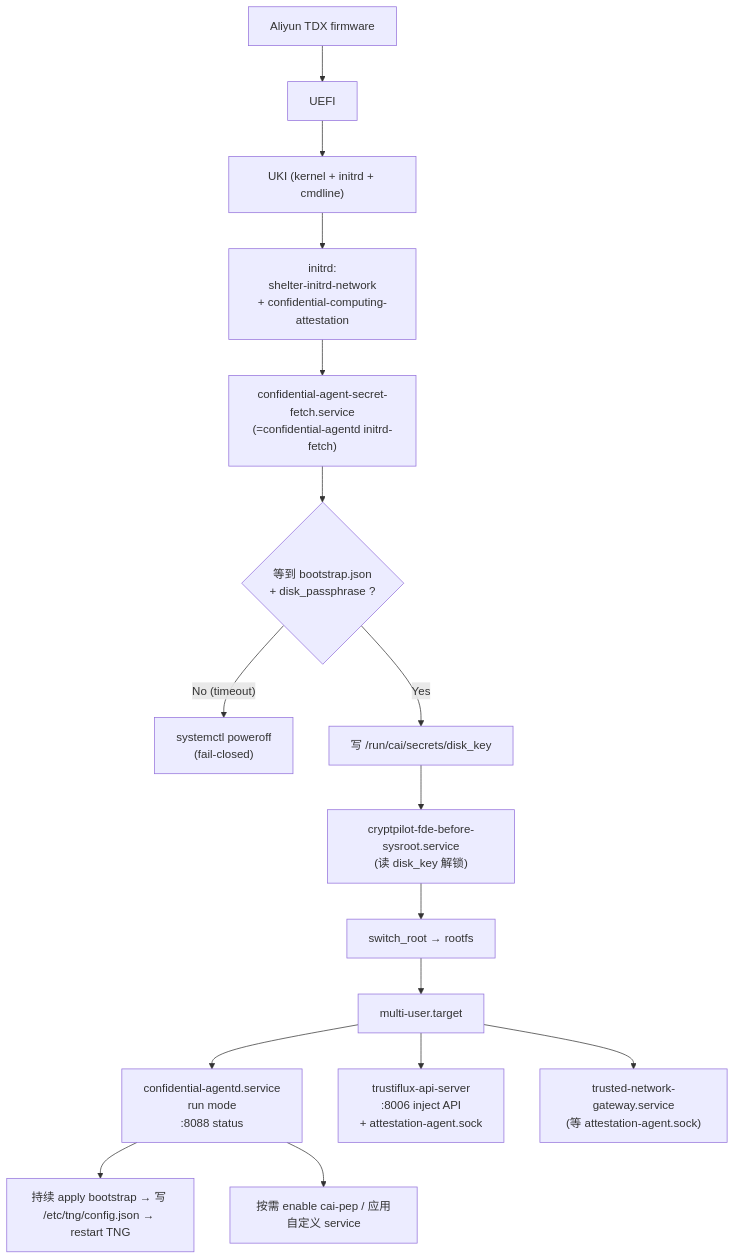
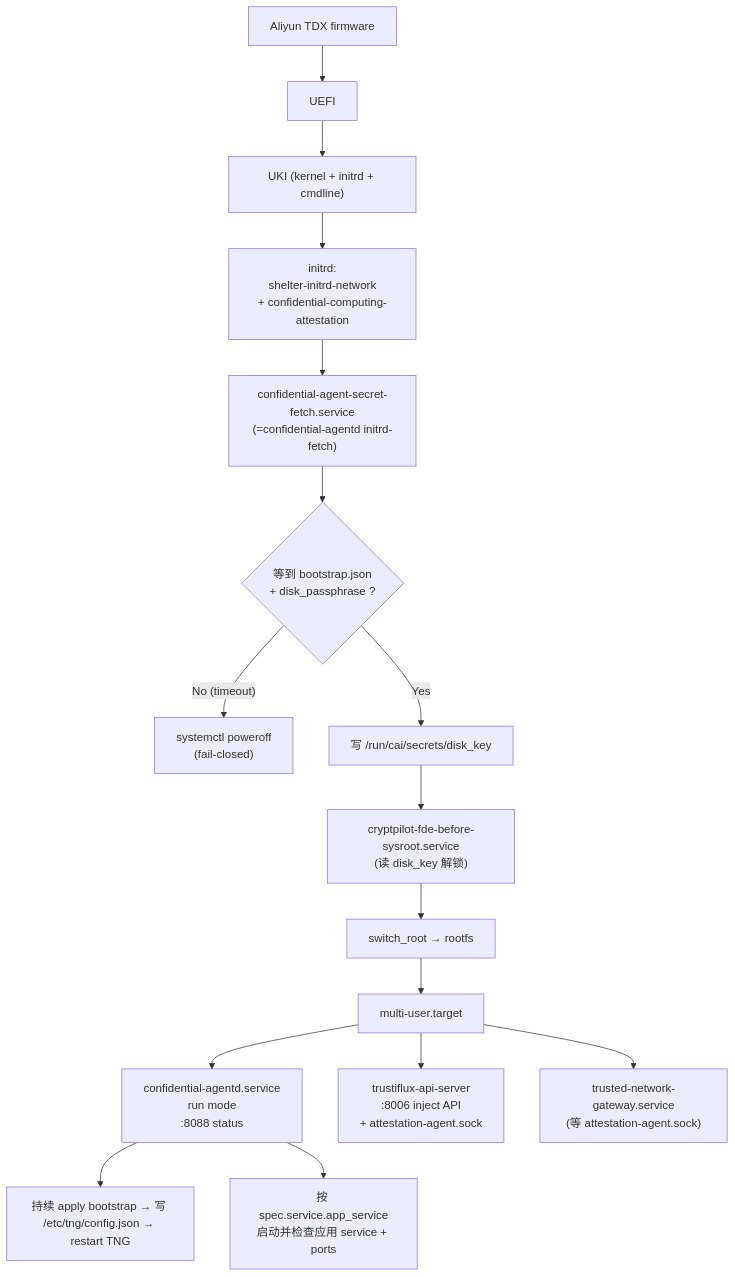
The fifth of 7 diagrams in docs/architecture.md (wdsun1008/confidential-agent), drawn with Mermaid before and after one commit. The commit also changed other lines of this file and 12 other files, not shown here.

Commit message:
Add app service readiness to specs

````diff
--- a/docs/architecture.md
+++ b/docs/architecture.md
@@ -145,19 +145,19 @@
 ```mermaid
 flowchart TB
     A["Aliyun TDX firmware"] --> B["UEFI"]
     B --> C["UKI (kernel + initrd + cmdline)"]
     C --> D["initrd:<br/>shelter-initrd-network<br/>+ confidential-computing-attestation"]
     D --> E["confidential-agent-secret-fetch.service<br/>(=confidential-agentd initrd-fetch)"]
     E --> F{"等到 bootstrap.json<br/>+ disk_passphrase ?"}
     F -- No (timeout) --> X["systemctl poweroff<br/>(fail-closed)"]
     F -- Yes --> G["写 /run/cai/secrets/disk_key"]
     G --> H["cryptpilot-fde-before-sysroot.service<br/>(读 disk_key 解锁)"]
     H --> I["switch_root → rootfs"]
     I --> J["multi-user.target"]
 
     J --> K1["confidential-agentd.service<br/>run mode<br/>:8088 status"]
     J --> K2["trustiflux-api-server<br/>:8006 inject API<br/>+ attestation-agent.sock"]
     J --> K3["trusted-network-gateway.service<br/>(等 attestation-agent.sock)"]
     K1 --> M["持续 apply bootstrap → 写 /etc/tng/config.json → restart TNG"]
-    K1 --> N["按需 enable cai-pep / 应用自定义 service"]
+    K1 --> N["按 spec.service.app_service<br/>启动并检查应用 service + ports"]
 ```
````
